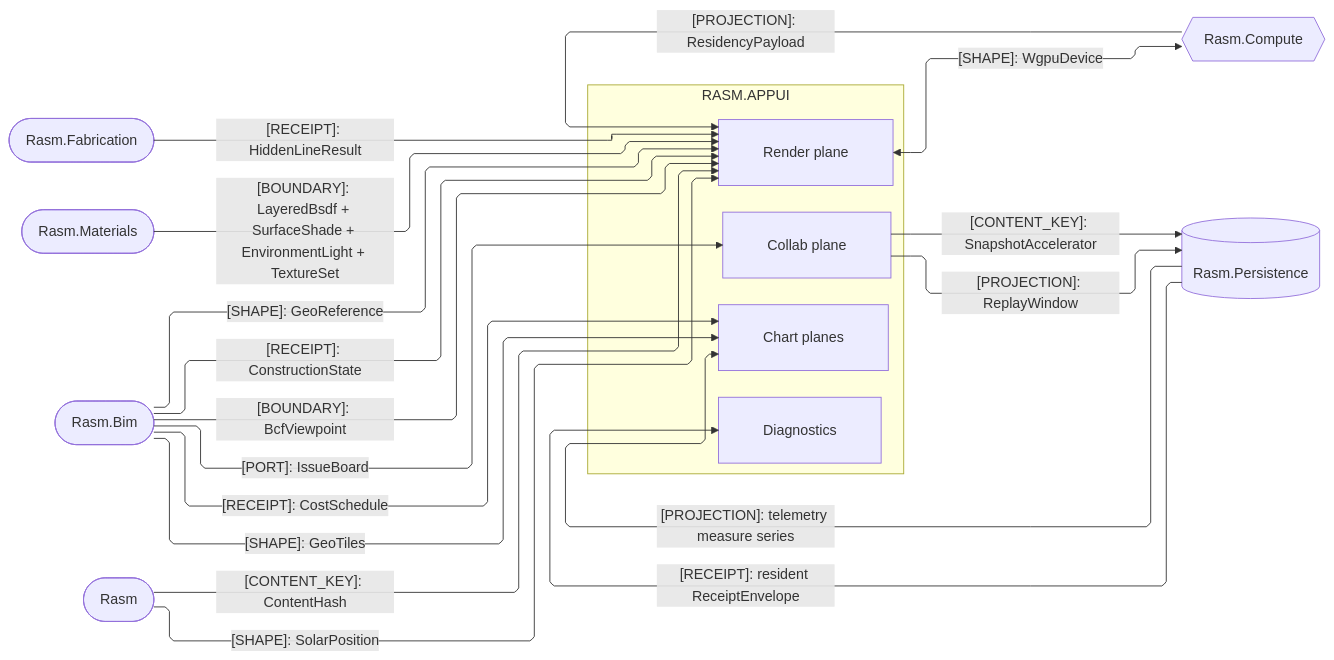
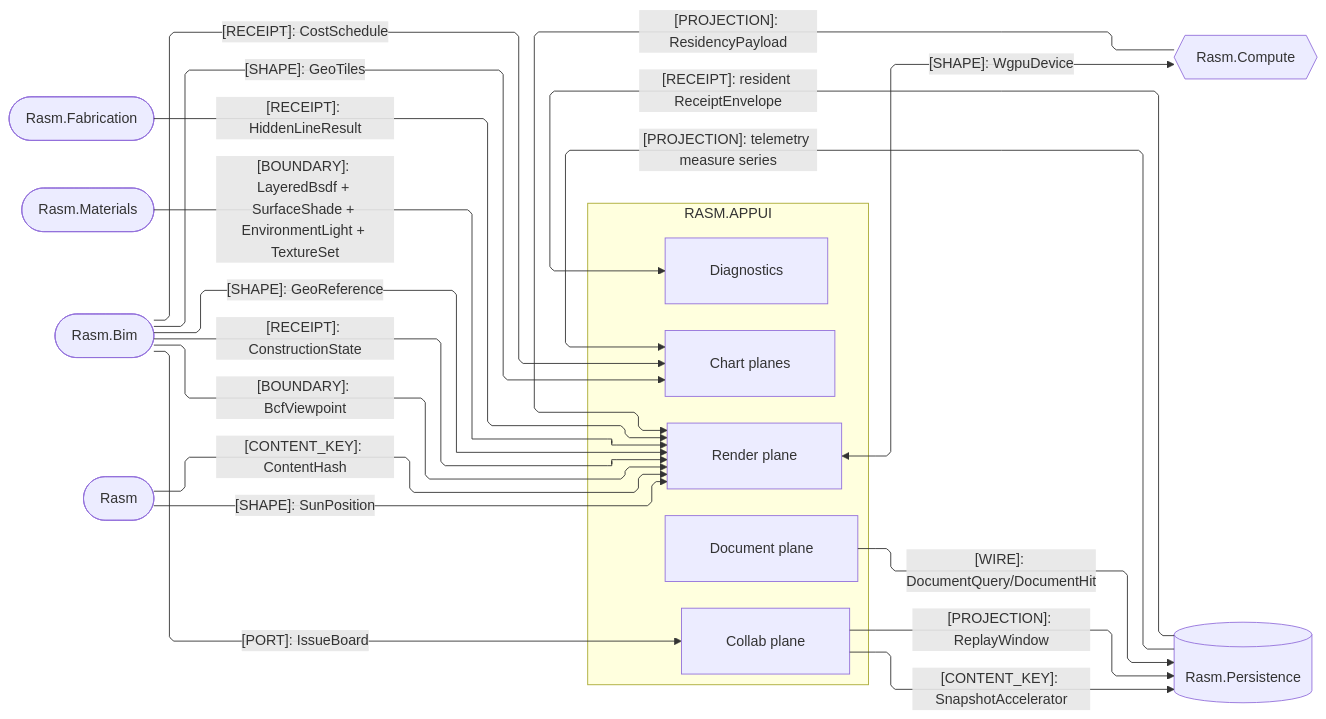
The second of 3 diagrams in libs/csharp/Rasm.AppUi/ARCHITECTURE.md (bsamiee/Rasm), drawn with Mermaid before and after one commit. The commit also changed other lines of this file and 138 other files, not shown here.

````diff
--- a/libs/csharp/Rasm.AppUi/ARCHITECTURE.md
+++ b/libs/csharp/Rasm.AppUi/ARCHITECTURE.md
@@ -125,40 +127,42 @@
 ```mermaid
 ---
 config:
   layout: elk
   flowchart:
     curve: linear
     padding: 25
 ---
 flowchart LR
     accTitle: AppUi AEC-domain, render-source, and storage seams
     accDescr: AppUi render, chart, collaboration, and diagnostics owners exchanging residency projections, receipts, boundaries, content keys, and shared-device shapes with the AEC peers Compute, Fabrication, Materials, Bim, the kernel, and the Persistence store.
     subgraph appui[RASM.APPUI]
         Render[Render plane]
         Charts[Chart planes]
         Collab[Collab plane]
+        Document[Document plane]
         Diagnostics[Diagnostics]
     end
     Compute{{Rasm.Compute}}
     Fabrication([Rasm.Fabrication])
     Materials([Rasm.Materials])
     Bim([Rasm.Bim])
     Rasm([Rasm])
     Persistence[(Rasm.Persistence)]
     Compute -->|"[PROJECTION]: ResidencyPayload"| Render
     Render <-->|"[SHAPE]: WgpuDevice"| Compute
     Fabrication -->|"[RECEIPT]: HiddenLineResult"| Render
     Materials -->|"[BOUNDARY]: LayeredBsdf + SurfaceShade + EnvironmentLight + TextureSet"| Render
     Rasm -->|"[CONTENT_KEY]: ContentHash"| Render
-    Rasm -->|"[SHAPE]: SolarPosition"| Render
+    Rasm -->|"[SHAPE]: SunPosition"| Render
     Bim -->|"[SHAPE]: GeoTiles"| Charts
     Bim -->|"[RECEIPT]: CostSchedule"| Charts
     Persistence -->|"[PROJECTION]: telemetry measure series"| Charts
     Persistence -->|"[RECEIPT]: resident ReceiptEnvelope"| Diagnostics
     Bim -->|"[PORT]: IssueBoard"| Collab
     Collab -->|"[PROJECTION]: ReplayWindow"| Persistence
     Collab -->|"[CONTENT_KEY]: SnapshotAccelerator"| Persistence
+    Document -->|"[WIRE]: DocumentQuery/DocumentHit"| Persistence
     Bim -->|"[RECEIPT]: ConstructionState"| Render
     Bim -->|"[BOUNDARY]: BcfViewpoint"| Render
     Bim -->|"[SHAPE]: GeoReference"| Render
 ```
````
